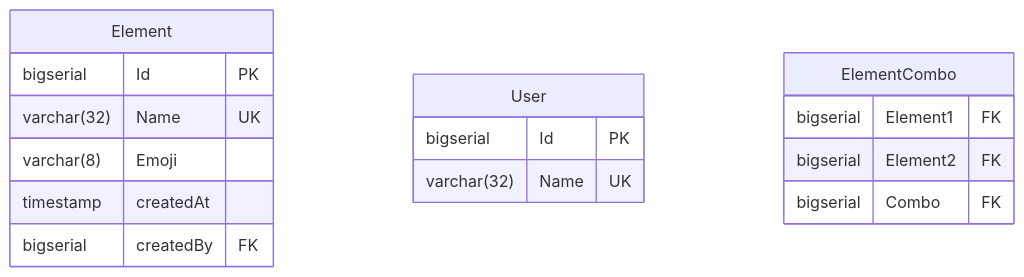
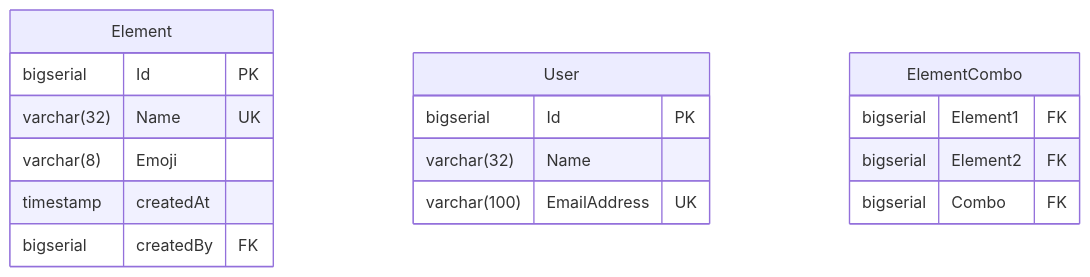
The diagram in EntityRelationship.diagram.md (n-wes/infinite-craft-plus-wiki), drawn with Mermaid before and after one commit.

````diff
--- a/EntityRelationship.diagram.md
+++ b/EntityRelationship.diagram.md
@@ -5,19 +5,20 @@
 ```mermaid
   erDiagram
     Element {
         bigserial Id PK
         varchar(32) Name UK
         varchar(8) Emoji
         timestamp createdAt
         bigserial createdBy FK
     }
     User {
         bigserial Id PK
-        varchar(32) Name UK
+        varchar(32) Name
+        varchar(100) EmailAddress UK
     }
     ElementCombo {
         bigserial Element1 FK
         bigserial Element2 FK
         bigserial Combo FK
     }
 ```
````
